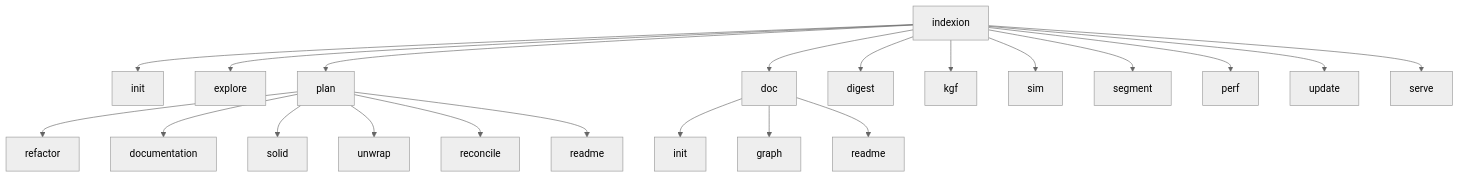
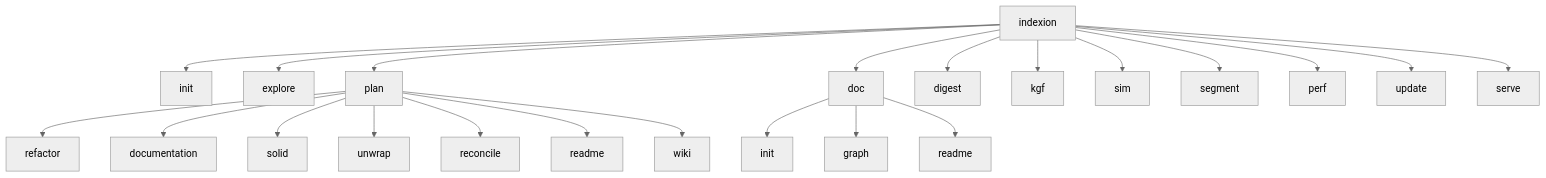
The diagram in .indexion/wiki/cli-commands.md (trkbt10/indexion), drawn with Mermaid (neutral theme) before and after one commit. The commit also changed other lines of this file and 4 other files, not shown here.

First line of the commit message:
fix: mermaid diagram fit stability, centering, nav alignment and UX

````diff
--- a/.indexion/wiki/cli-commands.md
+++ b/.indexion/wiki/cli-commands.md
@@ -5,26 +5,27 @@
 ```mermaid
 flowchart TD
     INDEXION[indexion]
     INDEXION --> INIT[init]
     INDEXION --> EXPLORE[explore]
     INDEXION --> PLAN[plan]
     INDEXION --> DOC[doc]
     INDEXION --> DIGEST[digest]
     INDEXION --> KGF[kgf]
     INDEXION --> SIM[sim]
     INDEXION --> SEGMENT[segment]
     INDEXION --> PERF[perf]
     INDEXION --> UPDATE[update]
     INDEXION --> SERVE[serve]
 
     PLAN --> PR[refactor]
     PLAN --> PD[documentation]
     PLAN --> PS[solid]
     PLAN --> PU[unwrap]
     PLAN --> PREC[reconcile]
     PLAN --> PREADME[readme]
+    PLAN --> PWIKI[wiki]
 
     DOC --> DI[init]
     DOC --> DG[graph]
     DOC --> DR[readme]
 ```
````
